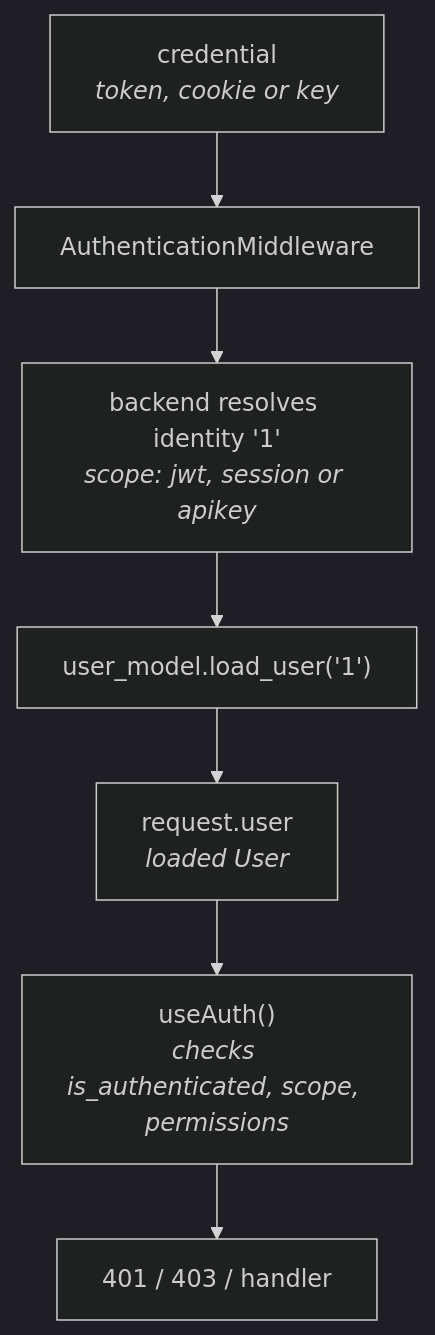
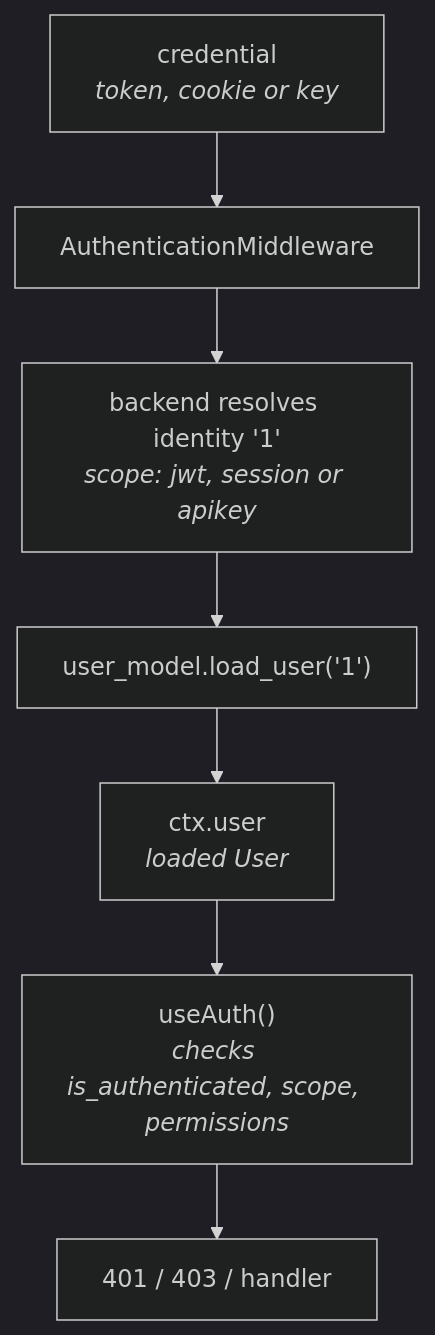
Before and after one commit to sillohq/core: the second of 2 diagrams in docs/docs/src/content/docs/v1.0/guides/authentication.md, drawn with Mermaid (dark theme). The commit also changed other lines of this file and 72 other files, not shown here.

````diff
--- a/docs/docs/src/content/docs/v1.0/guides/authentication.md
+++ b/docs/docs/src/content/docs/v1.0/guides/authentication.md
@@ -284,10 +284,10 @@
 ```mermaid
 graph TD
     C["credential<br/><i>token, cookie or key</i>"]
     C --> M["AuthenticationMiddleware"]
     M --> B["backend resolves identity '1'<br/><i>scope: jwt, session or apikey</i>"]
     B --> L["user_model.load_user('1')"]
-    L --> RU["request.user<br/><i>loaded User</i>"]
+    L --> RU["ctx.user<br/><i>loaded User</i>"]
     RU --> UA["useAuth()<br/><i>checks is_authenticated, scope, permissions</i>"]
     UA --> OUT["401 / 403 / handler"]
 ```
````
